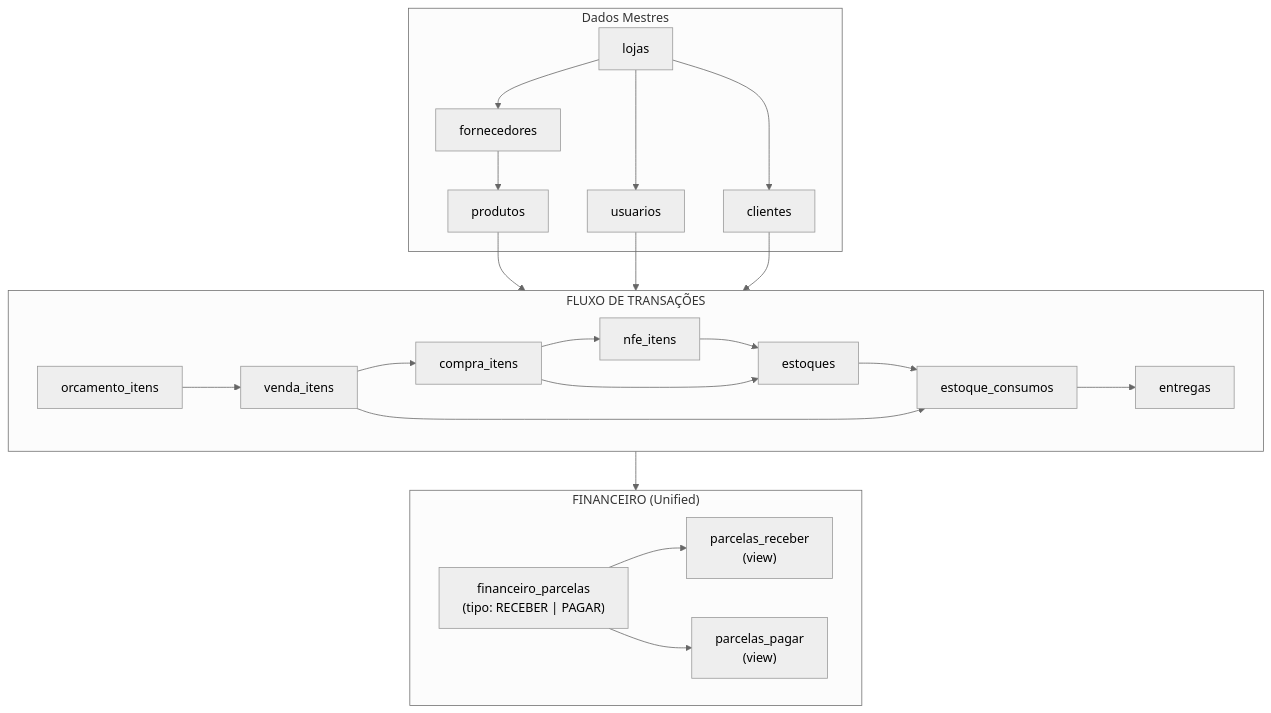
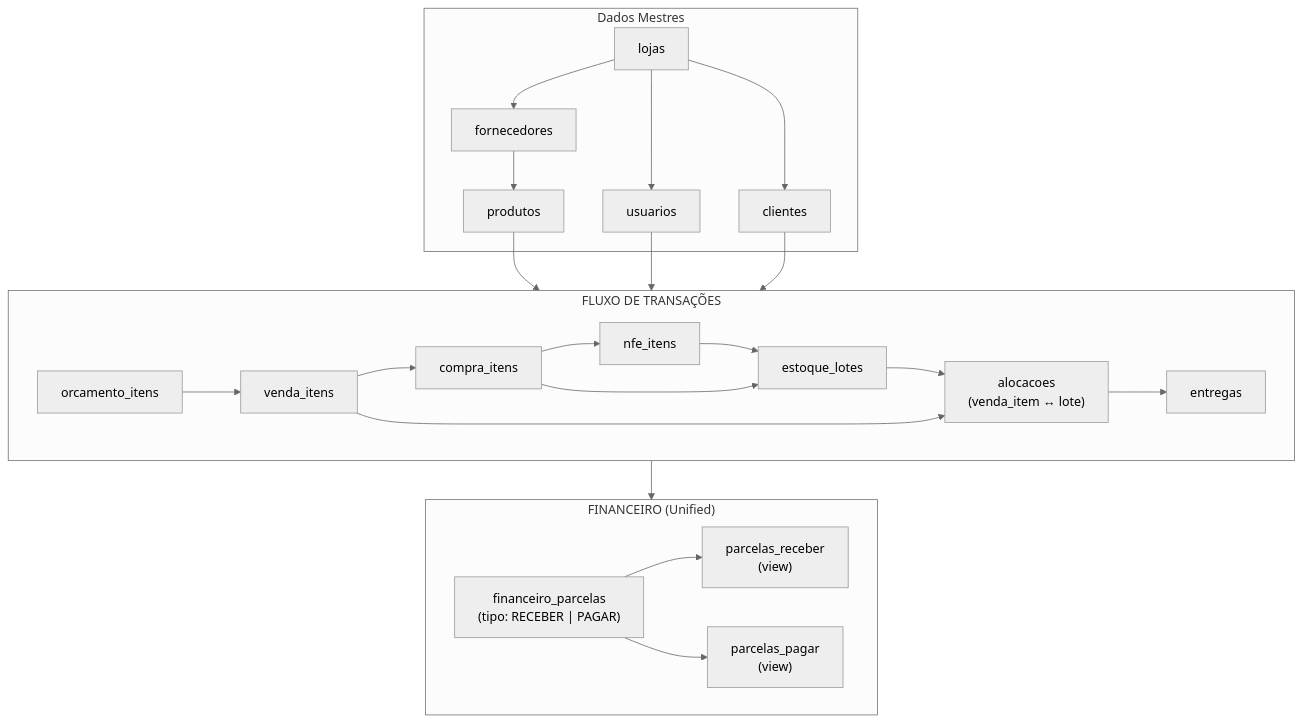
Before and after one commit to darktorres/ERP-STACCATO: the second of 7 diagrams in .claude/next-gen/03-decisoes/02-schema-redesenhado.md, drawn with Mermaid (neutral theme). The commit also changed other lines of this file and 3 other files, not shown here.

First line of the commit message:
refactor: Consolidate inventory schema - estoque→estoque_lotes, M:N allocation model

````diff
--- a/.claude/next-gen/03-decisoes/02-schema-redesenhado.md
+++ b/.claude/next-gen/03-decisoes/02-schema-redesenhado.md
@@ -108,48 +108,48 @@
 ```mermaid
 flowchart TB
     subgraph MasterData["Dados Mestres"]
         Lojas["lojas"]
         Fornecedores["fornecedores"]
         Usuarios["usuarios"]
         Clientes["clientes"]
         Produtos["produtos"]
     end
 
     Lojas --> Fornecedores
     Lojas --> Usuarios
     Lojas --> Clientes
     Fornecedores --> Produtos
 
     subgraph TransactionFlow["FLUXO DE TRANSAÇÕES"]
         OrcamentoItens["orcamento_itens"]
         VendaItens["venda_itens"]
         CompraItens["compra_itens"]
         NfeItens["nfe_itens"]
-        Estoques["estoques"]
-        EstoqueConsumos["estoque_consumos"]
+        EstoqueLotes["estoque_lotes"]
+        Alocacoes["alocacoes<br/>(venda_item ↔ lote)"]
         Entregas["entregas"]
 
         OrcamentoItens --> VendaItens
         VendaItens --> CompraItens
         CompraItens --> NfeItens
-        NfeItens --> Estoques
-        CompraItens --> Estoques
-        Estoques --> EstoqueConsumos
-        VendaItens --> EstoqueConsumos
-        EstoqueConsumos --> Entregas
+        NfeItens --> EstoqueLotes
+        CompraItens --> EstoqueLotes
+        EstoqueLotes --> Alocacoes
+        VendaItens --> Alocacoes
+        Alocacoes --> Entregas
     end
 
     Produtos --> TransactionFlow
     Usuarios --> TransactionFlow
     Clientes --> TransactionFlow
 
     subgraph Financeiro["FINANCEIRO (Unified)"]
         FinanceiroParcelas["financeiro_parcelas<br/>(tipo: RECEBER | PAGAR)"]
         ParcelasReceber["parcelas_receber<br/>(view)"]
         ParcelasPagar["parcelas_pagar<br/>(view)"]
         FinanceiroParcelas --> ParcelasReceber
         FinanceiroParcelas --> ParcelasPagar
     end
 
     TransactionFlow --> Financeiro
 ```
````
